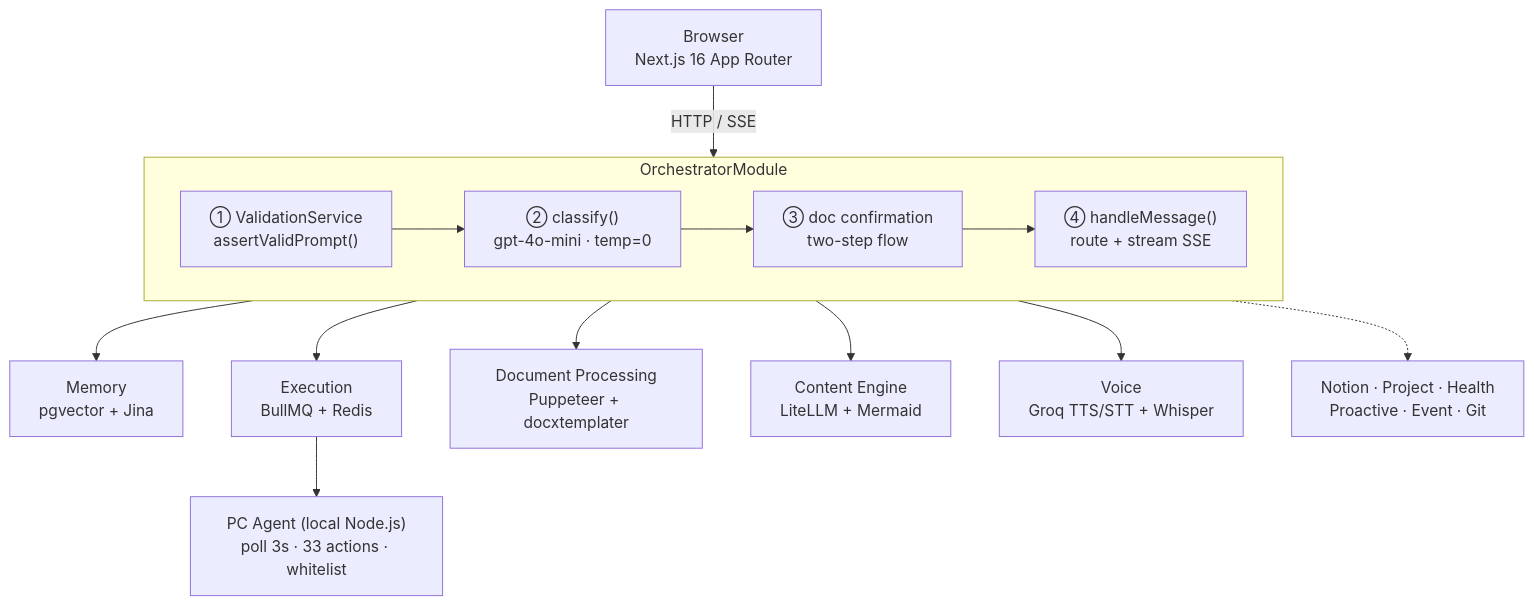
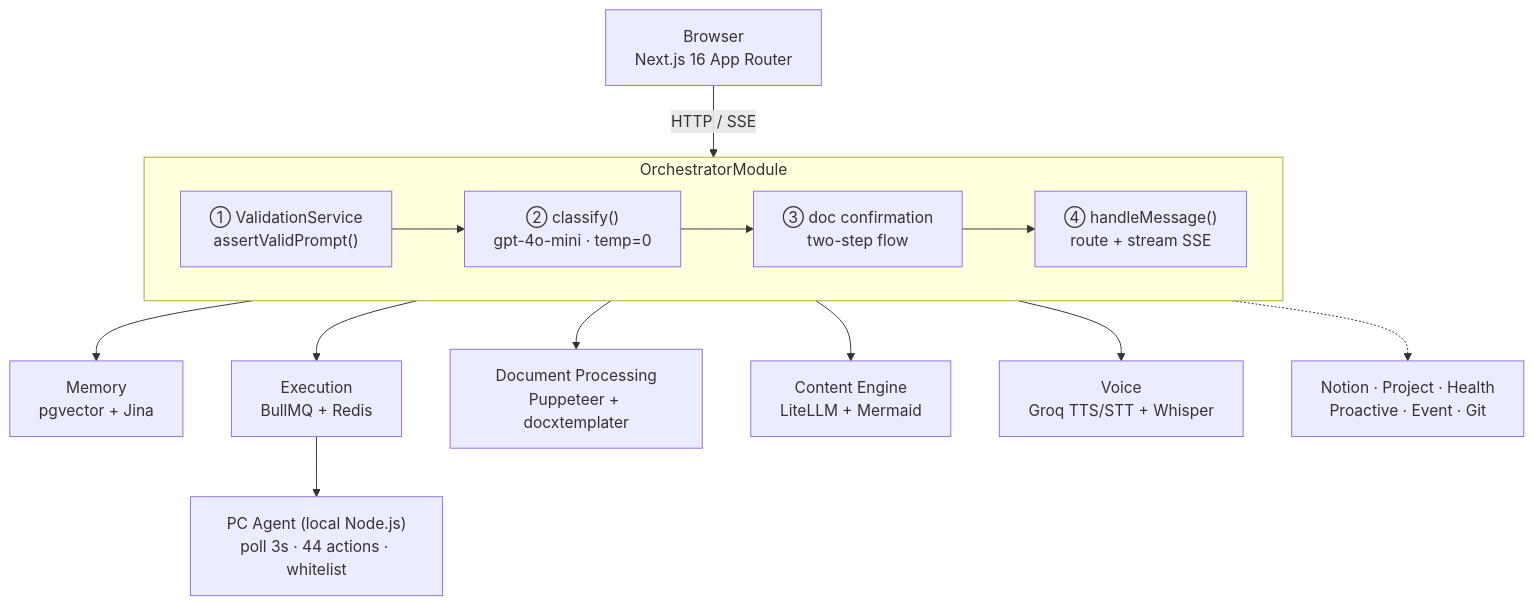
One commit to marcelorayzen/Rayzen-AI changed the diagram in README.en.md. Above: the diagram before and after it, drawn with Mermaid. The commit also changed other lines of this file and 556 other files, not shown here.

````diff
--- a/README.en.md
+++ b/README.en.md
@@ -53,18 +53,18 @@
 ```mermaid
 flowchart TD
     Browser["Browser<br/>Next.js 16 App Router"] -->|"HTTP / SSE"| Orch
 
     subgraph Orch["OrchestratorModule"]
         direction LR
         V["① ValidationService<br/>assertValidPrompt()"] --> C["② classify()<br/>gpt-4o-mini · temp=0"] --> D["③ doc confirmation<br/>two-step flow"] --> H["④ handleMessage()<br/>route + stream SSE"]
     end
 
     Orch --> Memory["Memory<br/>pgvector + Jina"]
     Orch --> Execution["Execution<br/>BullMQ + Redis"]
     Orch --> DocProc["Document Processing<br/>Puppeteer + docxtemplater"]
     Orch --> Content["Content Engine<br/>LiteLLM + Mermaid"]
     Orch --> Voice["Voice<br/>Groq TTS/STT + Whisper"]
     Orch -.-> Rest["Notion · Project · Health<br/>Proactive · Event · Git"]
 
-    Execution --> Agent["PC Agent (local Node.js)<br/>poll 3s · 33 actions · whitelist"]
+    Execution --> Agent["PC Agent (local Node.js)<br/>poll 3s · 44 actions · whitelist"]
 ```
````
